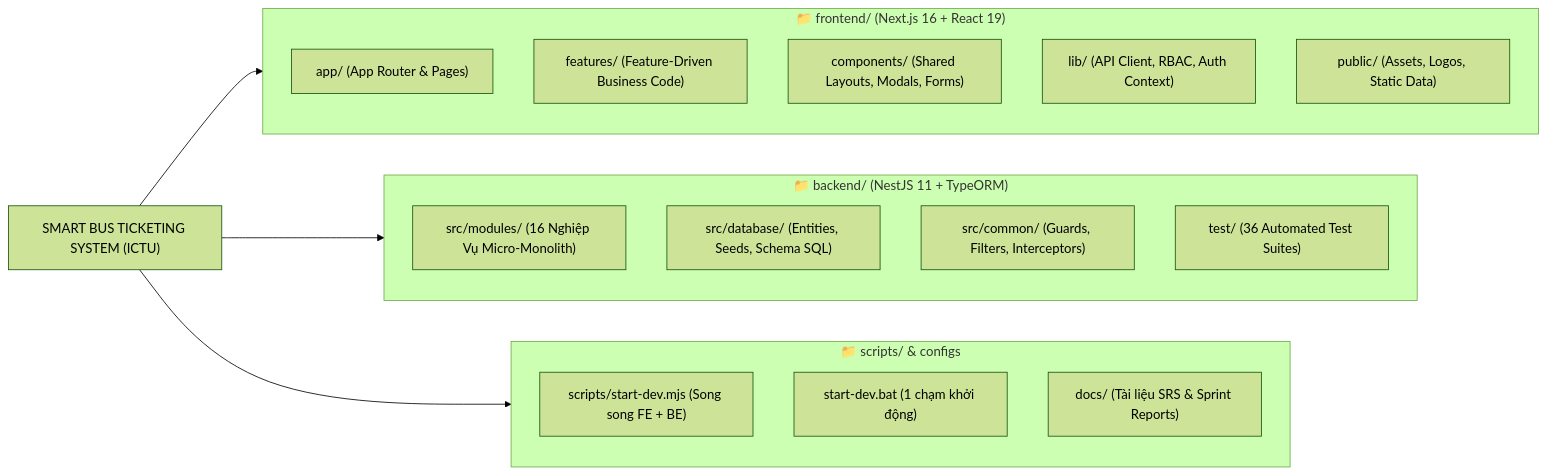
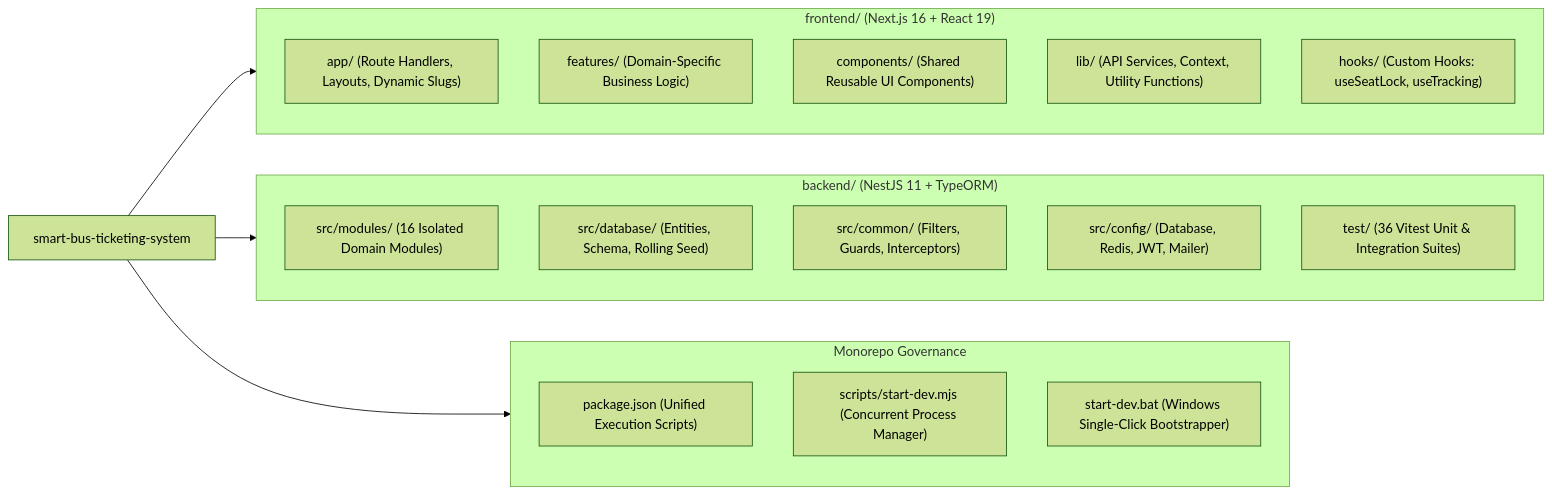
One commit to tubanhoa/QLy_V-_Xe_Bu-t_Th-ng_Minh changed the sixth of 6 diagrams in README.md. Above: the diagram before and after it, drawn with Mermaid (forest theme). The commit also changed other lines of this file, not shown here.

Commit message:
docs: standardize README.md with enterprise-grade mathematical specs, C4 diagrams and zero emojis

````diff
--- a/README.md
+++ b/README.md
@@ -405,29 +458,30 @@
 ```mermaid
 graph LR
-    Root["SMART BUS TICKETING SYSTEM (ICTU)"]
+    MonorepoRoot["smart-bus-ticketing-system"]
     
-    subgraph Frontend_Tree ["📁 frontend/ (Next.js 16 + React 19)"]
-        F_App["app/ (App Router & Pages)"]
-        F_Features["features/ (Feature-Driven Business Code)"]
-        F_Components["components/ (Shared Layouts, Modals, Forms)"]
-        F_Lib["lib/ (API Client, RBAC, Auth Context)"]
-        F_Public["public/ (Assets, Logos, Static Data)"]
+    subgraph Frontend_App ["frontend/ (Next.js 16 + React 19)"]
+        FE_App["app/ (Route Handlers, Layouts, Dynamic Slugs)"]
+        FE_Features["features/ (Domain-Specific Business Logic)"]
+        FE_Components["components/ (Shared Reusable UI Components)"]
+        FE_Lib["lib/ (API Services, Context, Utility Functions)"]
+        FE_Hooks["hooks/ (Custom Hooks: useSeatLock, useTracking)"]
     end
 
-    subgraph Backend_Tree ["📁 backend/ (NestJS 11 + TypeORM)"]
-        B_Modules["src/modules/ (16 Nghiệp Vụ Micro-Monolith)"]
-        B_DB["src/database/ (Entities, Seeds, Schema SQL)"]
-        B_Common["src/common/ (Guards, Filters, Interceptors)"]
-        B_Test["test/ (36 Automated Test Suites)"]
+    subgraph Backend_App ["backend/ (NestJS 11 + TypeORM)"]
+        BE_Modules["src/modules/ (16 Isolated Domain Modules)"]
+        BE_Database["src/database/ (Entities, Schema, Rolling Seed)"]
+        BE_Common["src/common/ (Filters, Guards, Interceptors)"]
+        BE_Config["src/config/ (Database, Redis, JWT, Mailer)"]
+        BE_Tests["test/ (36 Vitest Unit & Integration Suites)"]
     end
 
-    subgraph Root_Orchestration ["📁 scripts/ & configs"]
-        S_Dev["scripts/start-dev.mjs (Song song FE + BE)"]
-        S_Bat["start-dev.bat (1 chạm khởi động)"]
-        S_Docs["docs/ (Tài liệu SRS & Sprint Reports)"]
+    subgraph Core_Orchestrator ["Monorepo Governance"]
+        PkgJson["package.json (Unified Execution Scripts)"]
+        DevScript["scripts/start-dev.mjs (Concurrent Process Manager)"]
+        BatchLauncher["start-dev.bat (Windows Single-Click Bootstrapper)"]
     end
 
-    Root --> Frontend_Tree
-    Root --> Backend_Tree
-    Root --> Root_Orchestration
+    MonorepoRoot --> Frontend_App
+    MonorepoRoot --> Backend_App
+    MonorepoRoot --> Core_Orchestrator
 ```
````
